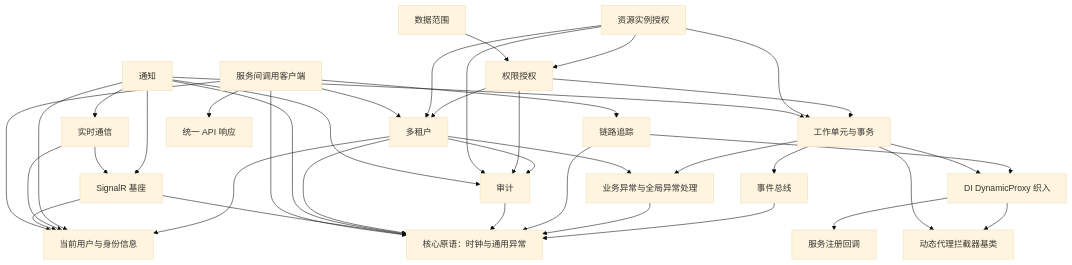
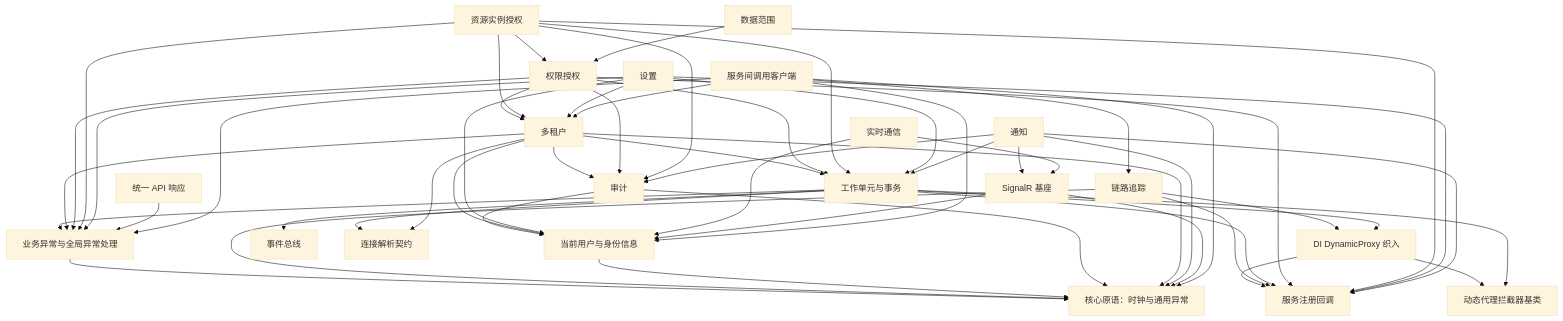
One commit to zengqinglei/leistd-net changed the diagram in framework/docs/components/README.md. Above: the diagram before and after it, drawn with Mermaid (base theme). The commit also changed other lines of this file and 79 other files, not shown here.

````diff
--- a/framework/docs/components/README.md
+++ b/framework/docs/components/README.md
@@ -37,45 +39,60 @@
 ```mermaid
 graph TD
     dependency-injection-dynamic-proxy[DI DynamicProxy 织入] --> dependency-injection[服务注册回调]
     dependency-injection-dynamic-proxy --> aop[动态代理拦截器基类]
 
-    event-bus[事件总线] --> core[核心原语：时钟与通用异常]
-    exception[业务异常与全局异常处理] --> core
+    exception[业务异常与全局异常处理] --> core[核心原语：时钟与通用异常]
     tracing[链路追踪] --> core
+    tracing --> dependency-injection
     tracing --> dependency-injection-dynamic-proxy
 
     unit-of-work[工作单元与事务] --> aop
+    unit-of-work --> dependency-injection
     unit-of-work --> dependency-injection-dynamic-proxy
-    unit-of-work --> event-bus
+    unit-of-work --> event-bus[事件总线]
     unit-of-work --> exception
+    unit-of-work --> data[连接解析契约]
 
+    security[当前用户与身份信息] --> core
     auditing[审计] --> core
+    auditing --> security
     multiTenancy[多租户] --> core
     multiTenancy --> exception
     multiTenancy --> auditing
-    multiTenancy --> security[当前用户与身份信息]
+    multiTenancy --> security
+    multiTenancy --> unit-of-work
+    multiTenancy --> data
     authorization[权限授权] --> auditing
+    authorization --> dependency-injection
+    authorization --> exception
     authorization --> multiTenancy
     authorization --> unit-of-work
     authorizationResource[资源实例授权] --> authorization
     authorizationResource --> auditing
+    authorizationResource --> dependency-injection
+    authorizationResource --> exception
     authorizationResource --> multiTenancy
     authorizationResource --> unit-of-work
     authorizationDataScope[数据范围] --> authorization
+    settings[设置] --> dependency-injection
+    settings --> exception
+    settings --> security
+    settings --> multiTenancy
+    settings --> unit-of-work
     notifications[通知] --> core
     notifications --> auditing
-    notifications --> security
+    notifications --> dependency-injection
     notifications --> unit-of-work
-    notifications --> realtime[实时通信]
     notifications --> signalr[SignalR 基座]
-    realtime --> security
+    realtime[实时通信] --> security
     realtime --> signalr
     signalr --> core
     signalr --> security
+    response[统一 API 响应] --> exception
 
     serviceClient[服务间调用客户端] --> core
     serviceClient --> security
     serviceClient --> tracing
-    serviceClient --> response[统一 API 响应]
+    serviceClient --> exception
     serviceClient --> multiTenancy
 ```
````
